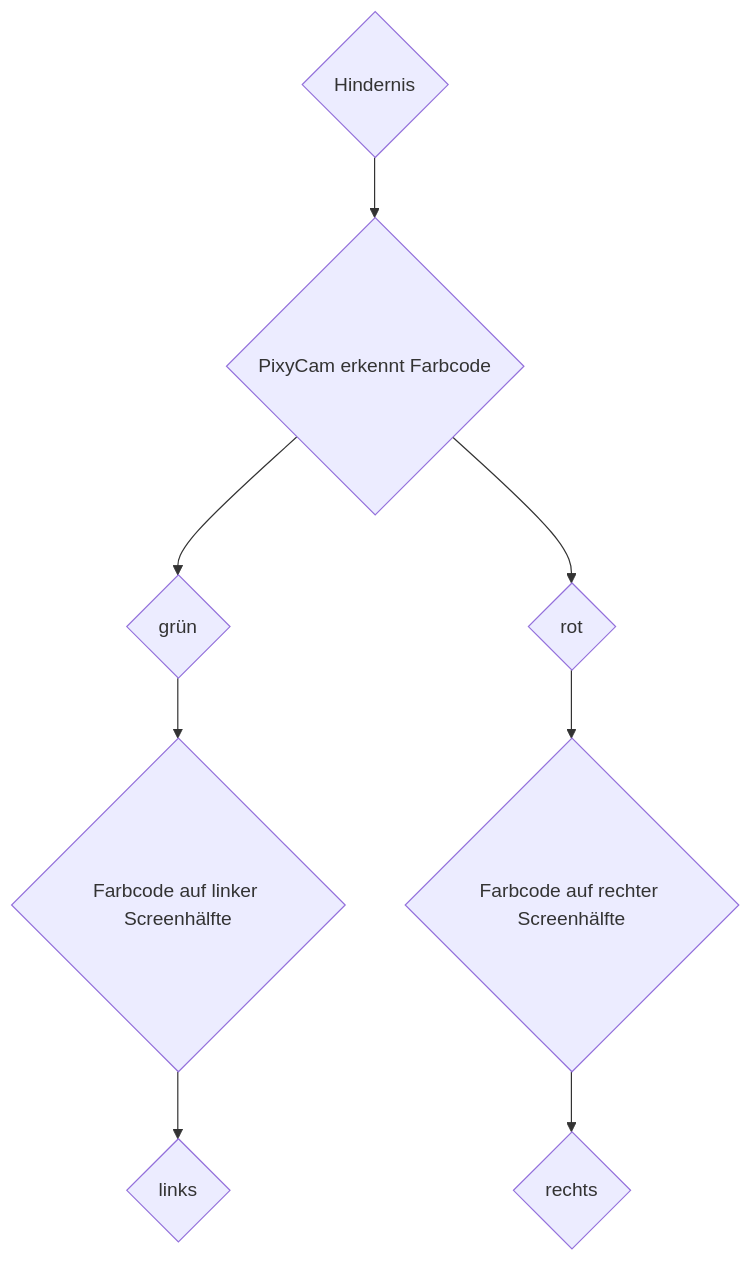
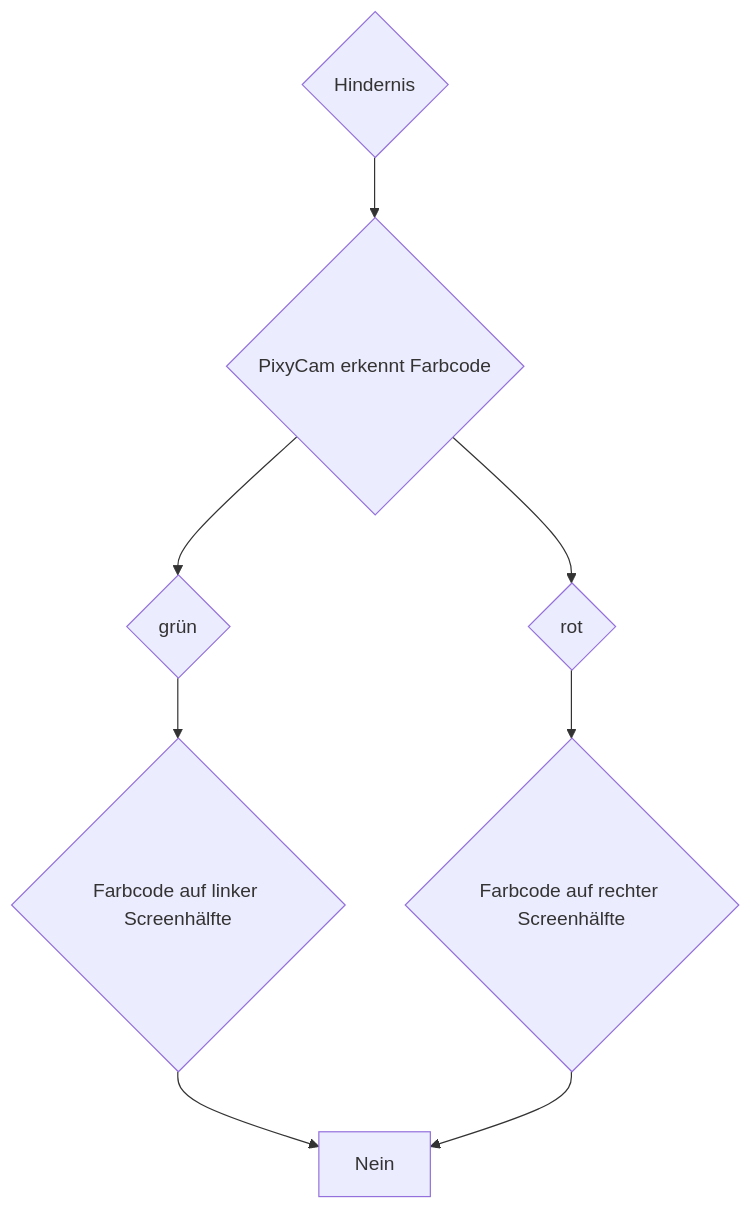
Before and after one commit to SchroedingersBit/PfortGTPanama: the diagram in Programme/Hindernisrennen/README.md, drawn with Mermaid.

````diff
--- a/Programme/Hindernisrennen/README.md
+++ b/Programme/Hindernisrennen/README.md
@@ -4,7 +4,8 @@
 ```mermaid
 graph TB;
 A{Hindernis} -->B{PixyCam erkennt Farbcode};
-B-->E{grün}-->C1{Farbcode auf linker Screenhälfte}-->F{links};
-B-->C{rot}-->C2{Farbcode auf rechter Screenhälfte}-->D{rechts};
-
+B-->E{grün}-->C1{Farbcode auf linker Screenhälfte};
+B-->C{rot}-->C2{Farbcode auf rechter Screenhälfte};
+C1 --> Nein
+C2 --> Nein 
 ```
````
